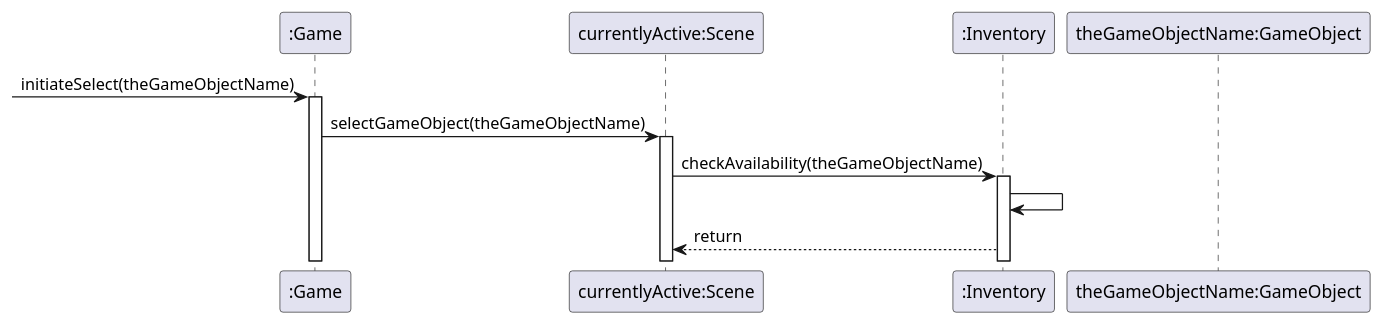
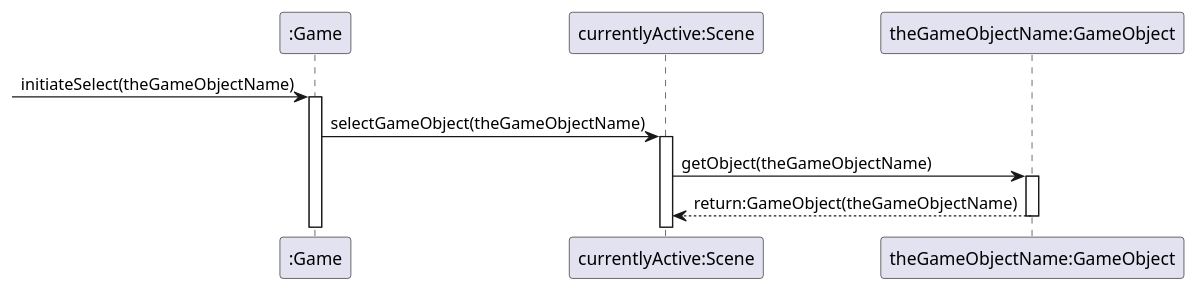
One commit to EdvinKristiansson/PA1459 changed the diagram in selectGameObject.plantuml. Above: the diagram before and after it, drawn with PlantUML.

```diff
--- a/selectGameObject.plantuml
+++ b/selectGameObject.plantuml
@@ -1,17 +1,16 @@
 @startuml
 
 participant ":Game" as gm
 participant "currentlyActive:Scene" as sc
-participant ":Inventory" as in
 participant "theGameObjectName:GameObject" as go
 
 -> gm : initiateSelect(theGameObjectName)
 activate gm
 gm -> sc :selectGameObject(theGameObjectName)
 activate sc
-sc -> in :checkAvailability(theGameObjectName)
-activate in
-in -> in
-in --> sc :return
+sc -> go :getObject(theGameObjectName)
+activate go
+go --> sc :return:GameObject(theGameObjectName)
+deactivate go
 
 @enduml
```
